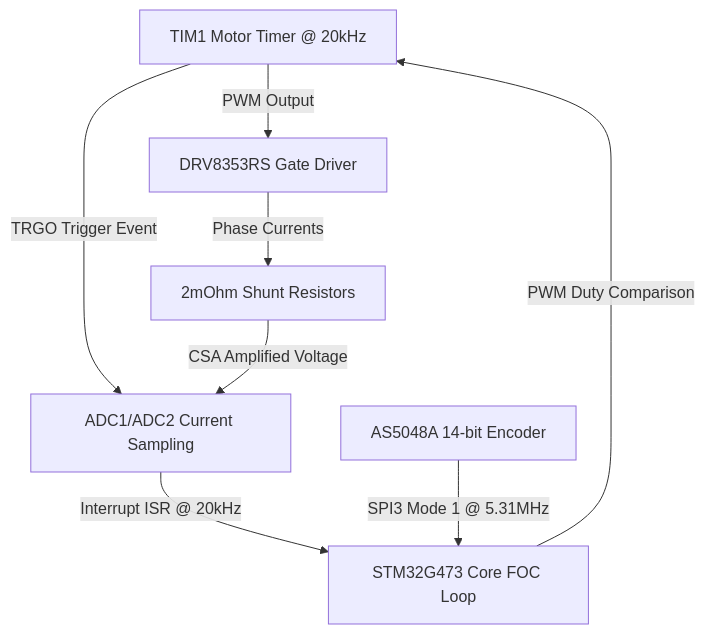
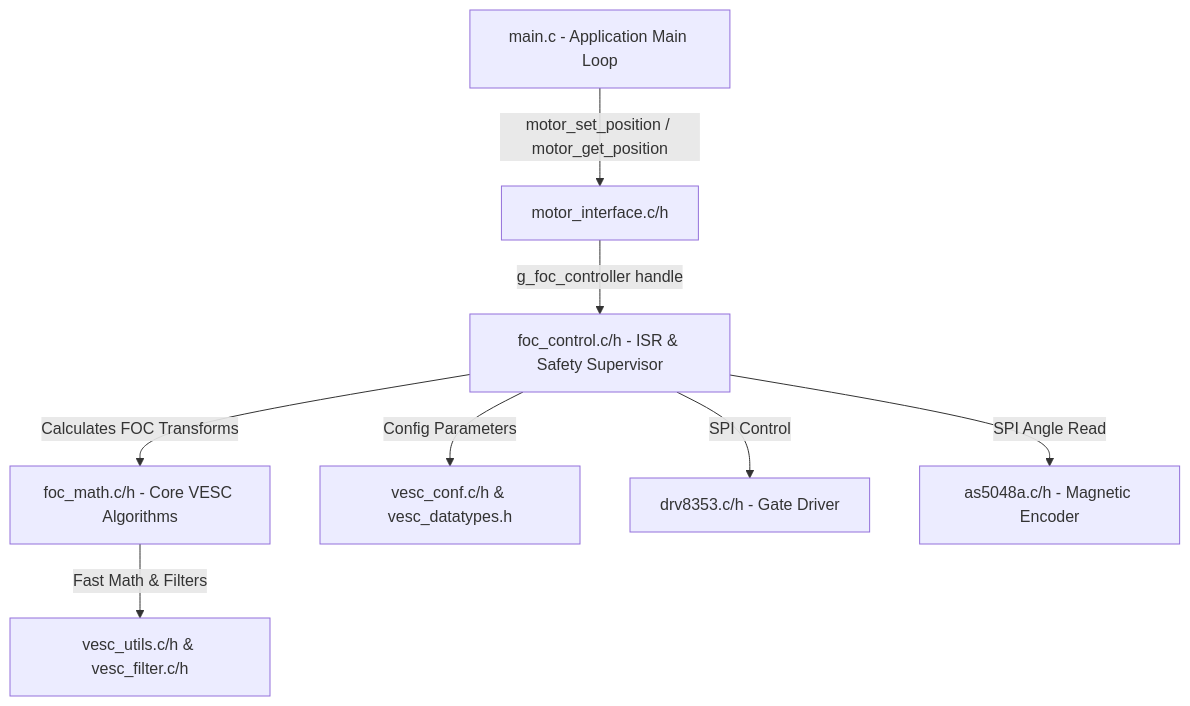
The first of 2 diagrams in firmware/joint_driver/joint-driver-8115/FOC_DOCUMENTATION.md (SuperDuu/wheeled-humanoid), drawn with Mermaid before and after one commit. The commit also changed other lines of this file, not shown here.

Commit message:
Refactor FOC technical documentation

````diff
--- a/firmware/joint_driver/joint-driver-8115/FOC_DOCUMENTATION.md
+++ b/firmware/joint_driver/joint-driver-8115/FOC_DOCUMENTATION.md
@@ -76,10 +111,10 @@
 ```mermaid
 graph TD
-    TIM1[TIM1 Motor Timer @ 20kHz] -->|PWM Output| DRV[DRV8353RS Gate Driver]
-    TIM1 -->|TRGO Trigger Event| ADC[ADC1/ADC2 Current Sampling]
-    DRV -->|Phase Currents| Shunts[2mOhm Shunt Resistors]
-    Shunts -->|CSA Amplified Voltage| ADC
-    ADC -->|Interrupt ISR @ 20kHz| CPU[STM32G473 Core FOC Loop]
-    AS5048A[AS5048A 14-bit Encoder] -->|SPI3 Mode 1 @ 5.31MHz| CPU
-    CPU -->|PWM Duty Comparison| TIM1
+    Main[main.c - Application Main Loop] -->|motor_set_position / motor_get_position| API[motor_interface.c/h]
+    API -->|g_foc_controller handle| CTRL[foc_control.c/h - ISR & Safety Supervisor]
+    CTRL -->|Calculates FOC Transforms| MATH[foc_math.c/h - Core VESC Algorithms]
+    MATH -->|Fast Math & Filters| UTILS[vesc_utils.c/h & vesc_filter.c/h]
+    CTRL -->|Config Parameters| CONF[vesc_conf.c/h & vesc_datatypes.h]
+    CTRL -->|SPI Control| DRV[drv8353.c/h - Gate Driver]
+    CTRL -->|SPI Angle Read| ENC[as5048a.c/h - Magnetic Encoder]
 ```
````
